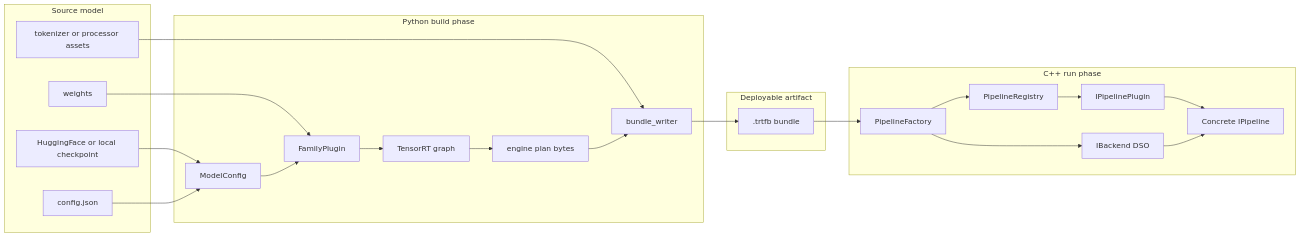
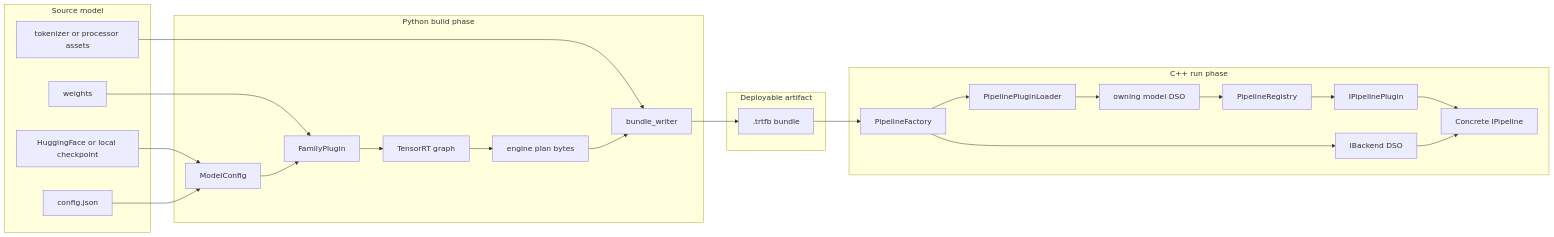
The first of 6 diagrams in website/docs/architecture/overview.md (NVIDIA/TensorRT-Model-Connect), drawn with Mermaid before and after one commit. The commit also changed other lines of this file and 104 other files, not shown here.

First line of the commit message:
docs: align documentation with current architecture

````diff
--- a/website/docs/architecture/overview.md
+++ b/website/docs/architecture/overview.md
@@ -30,45 +24,49 @@
 ```mermaid
 flowchart LR
   subgraph Source["Source model"]
     HF["HuggingFace or local checkpoint"]
     HFConfig["config.json"]
     HFWeights["weights"]
     HFTokenizer["tokenizer or processor assets"]
   end
 
   subgraph Builder["Python build phase"]
     MC["ModelConfig"]
     Family["FamilyPlugin"]
     Graph["TensorRT graph"]
     Plans["engine plan bytes"]
     Writer["bundle_writer"]
   end
 
   subgraph Artifact["Deployable artifact"]
     Bundle[".trtfb bundle"]
   end
 
   subgraph Runtime["C++ run phase"]
     Factory["PipelineFactory"]
+    Loader["PipelinePluginLoader"]
+    DSO["owning model DSO"]
     Registry["PipelineRegistry"]
     Plugin["IPipelinePlugin"]
     Backend["IBackend DSO"]
     Pipeline["Concrete IPipeline"]
   end
 
   HF --> MC
   HFConfig --> MC
   HFWeights --> Family
   HFTokenizer --> Writer
   MC --> Family
   Family --> Graph
   Graph --> Plans
   Plans --> Writer
   Writer --> Bundle
   Bundle --> Factory
-  Factory --> Registry
+  Factory --> Loader
+  Loader --> DSO
+  DSO --> Registry
   Registry --> Plugin
   Factory --> Backend
   Plugin --> Pipeline
   Backend --> Pipeline
 ```
````
